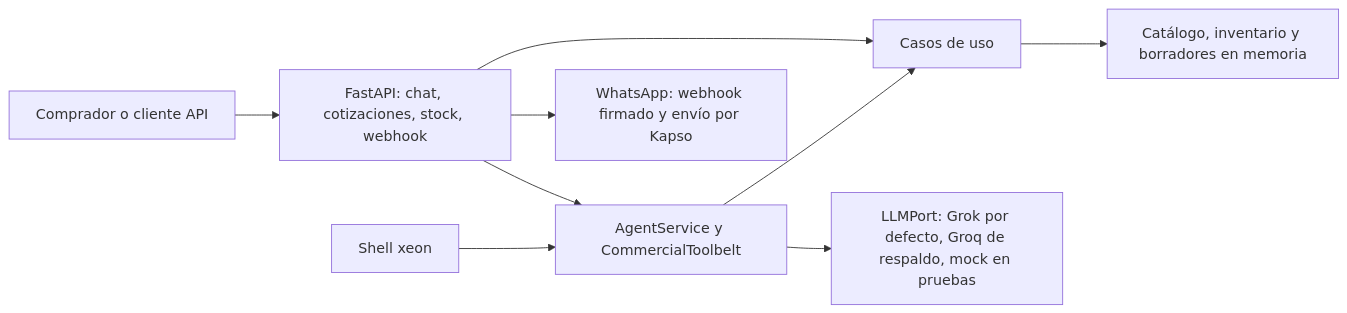
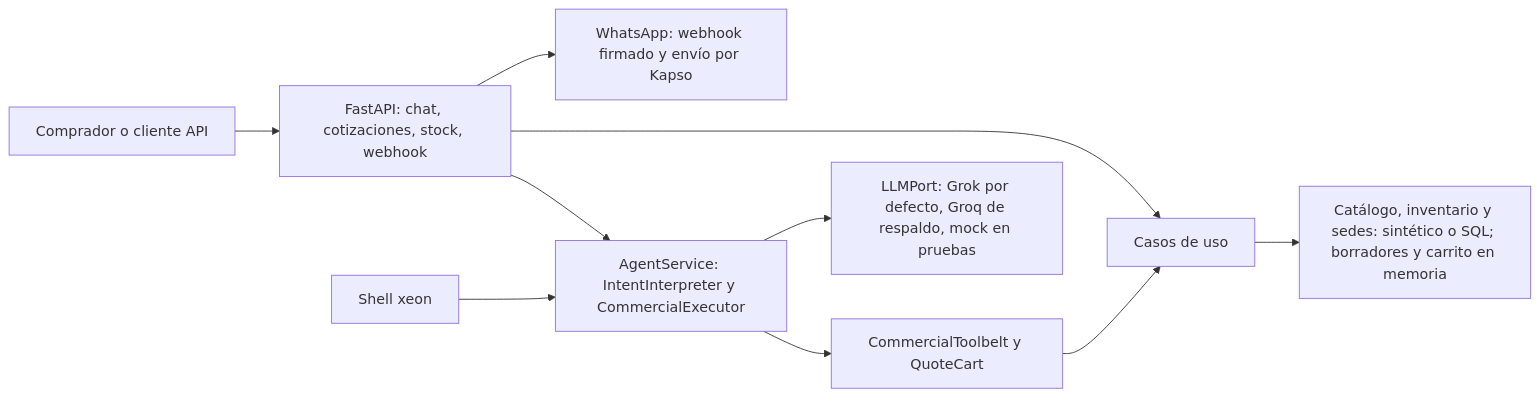
Before and after one commit to TuMinipeka/Xeon-agente-cotizaciones: the diagram in wiki/pages/arquitectura-actual.md, drawn with Mermaid. The commit also changed other lines of this file and 9 other files, not shown here.

````diff
--- a/wiki/pages/arquitectura-actual.md
+++ b/wiki/pages/arquitectura-actual.md
@@ -10,11 +10,12 @@
 ```mermaid
 flowchart LR
   C[Comprador o cliente API] --> A[FastAPI: chat, cotizaciones, stock, webhook]
-  A --> S[AgentService y CommercialToolbelt]
+  A --> S[AgentService: IntentInterpreter y CommercialExecutor]
+  S --> T[CommercialToolbelt y QuoteCart]
+  T --> U
   A --> U[Casos de uso]
-  S --> U
   S --> L[LLMPort: Grok por defecto, Groq de respaldo, mock en pruebas]
-  U --> M[Catálogo, inventario y borradores en memoria]
+  U --> M[Catálogo, inventario y sedes: sintético o SQL; borradores y carrito en memoria]
   A --> E[WhatsApp: webhook firmado y envío por Kapso]
   X[Shell xeon] --> S
 ```
````
